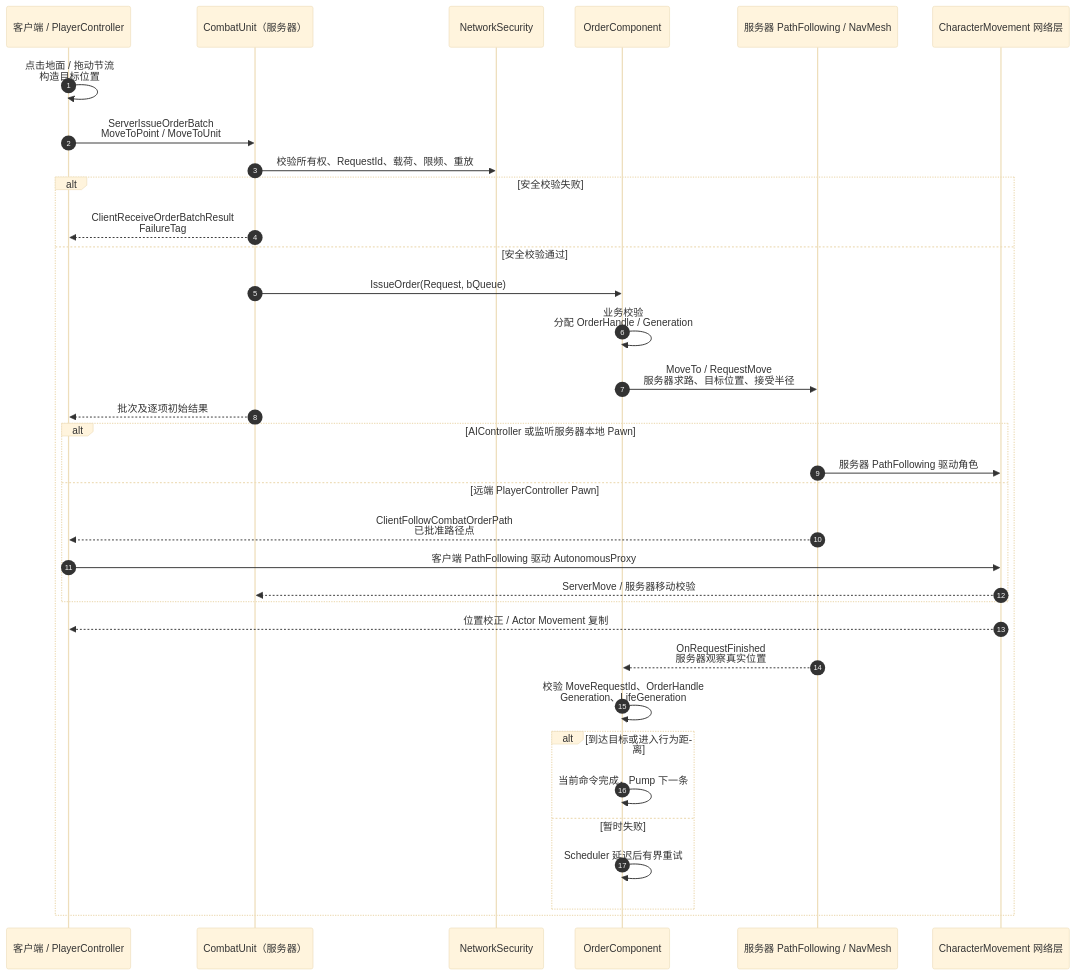
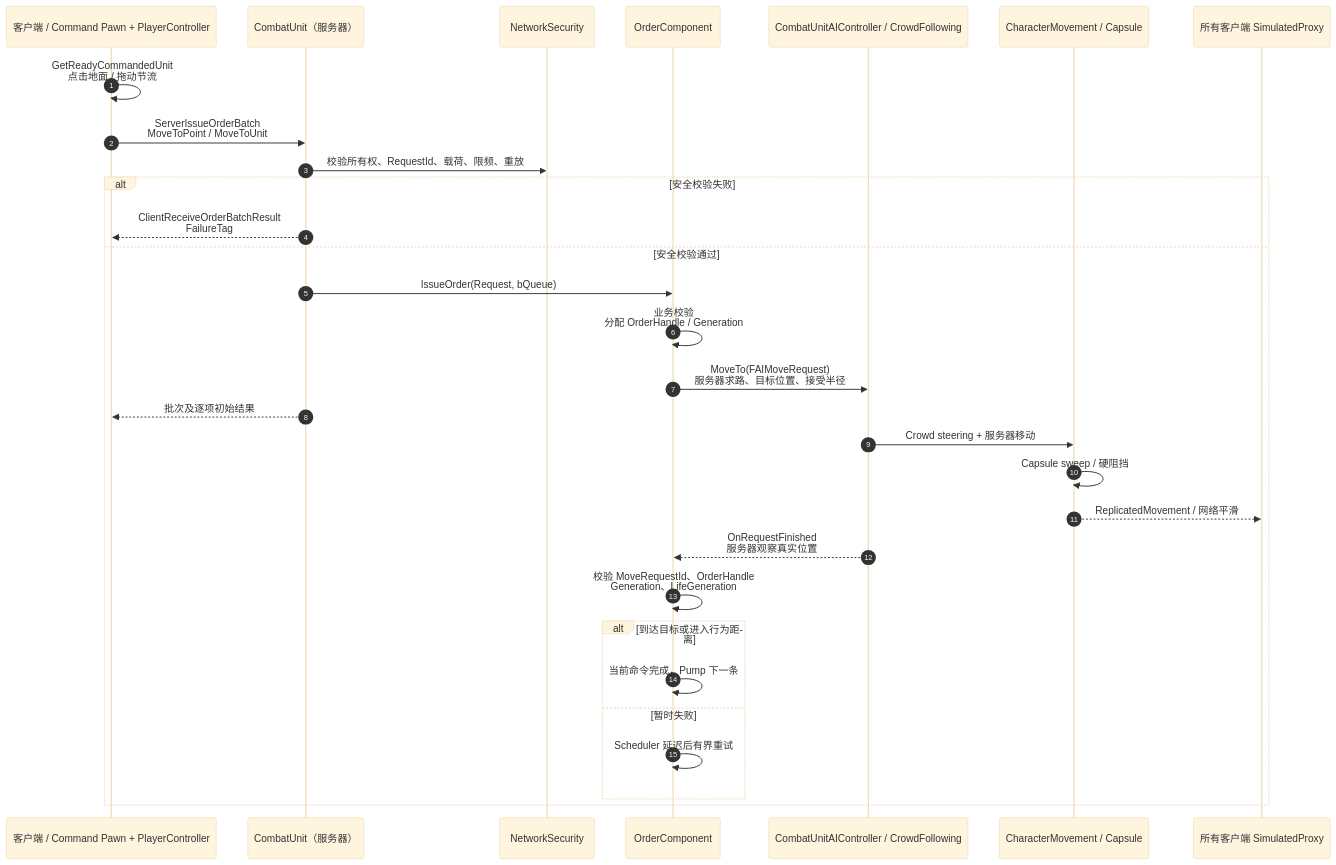
The first of 2 diagrams in Doc/CombatSystem/34-Client-Server-Interaction.md (invokerw/ue_gas), drawn with Mermaid (base theme) before and after one commit. The commit also changed other lines of this file and 30 other files, not shown here.

````diff
--- a/Doc/CombatSystem/34-Client-Server-Interaction.md
+++ b/Doc/CombatSystem/34-Client-Server-Interaction.md
@@ -63,41 +65,36 @@
 ```mermaid
 sequenceDiagram
     autonumber
-    participant C as 客户端 / PlayerController
+    participant C as 客户端 / Command Pawn + PlayerController
     participant U as CombatUnit（服务器）
     participant N as NetworkSecurity
     participant O as OrderComponent
-    participant NAV as 服务器 PathFollowing / NavMesh
-    participant M as CharacterMovement 网络层
+    participant AI as CombatUnitAIController / CrowdFollowing
+    participant M as CharacterMovement / Capsule
+    participant R as 所有客户端 SimulatedProxy
 
-    C->>C: 点击地面 / 拖动节流<br/>构造目标位置
+    C->>C: GetReadyCommandedUnit<br/>点击地面 / 拖动节流
     C->>U: ServerIssueOrderBatch<br/>MoveToPoint / MoveToUnit
     U->>N: 校验所有权、RequestId、载荷、限频、重放
 
     alt 安全校验失败
         U-->>C: ClientReceiveOrderBatchResult<br/>FailureTag
     else 安全校验通过
         U->>O: IssueOrder(Request, bQueue)
         O->>O: 业务校验<br/>分配 OrderHandle / Generation
-        O->>NAV: MoveTo / RequestMove<br/>服务器求路、目标位置、接受半径
+        O->>AI: MoveTo(FAIMoveRequest)<br/>服务器求路、目标位置、接受半径
         U-->>C: 批次及逐项初始结果
+        AI->>M: Crowd steering + 服务器移动
+        M->>M: Capsule sweep / 硬阻挡
+        M-->>R: ReplicatedMovement / 网络平滑
 
-        alt AIController 或监听服务器本地 Pawn
-            NAV->>M: 服务器 PathFollowing 驱动角色
-        else 远端 PlayerController Pawn
-            NAV-->>C: ClientFollowCombatOrderPath<br/>已批准路径点
-            C->>M: 客户端 PathFollowing 驱动 AutonomousProxy
-            M-->>U: ServerMove / 服务器移动校验
-        end
-        M-->>C: 位置校正 / Actor Movement 复制
-
-        NAV-->>O: OnRequestFinished<br/>服务器观察真实位置
+        AI-->>O: OnRequestFinished<br/>服务器观察真实位置
         O->>O: 校验 MoveRequestId、OrderHandle<br/>Generation、LifeGeneration
 
         alt 到达目标或进入行为距离
             O->>O: 当前命令完成，Pump 下一条
         else 暂时失败
             O->>O: Scheduler 延迟后有界重试
         end
     end
 ```
````
